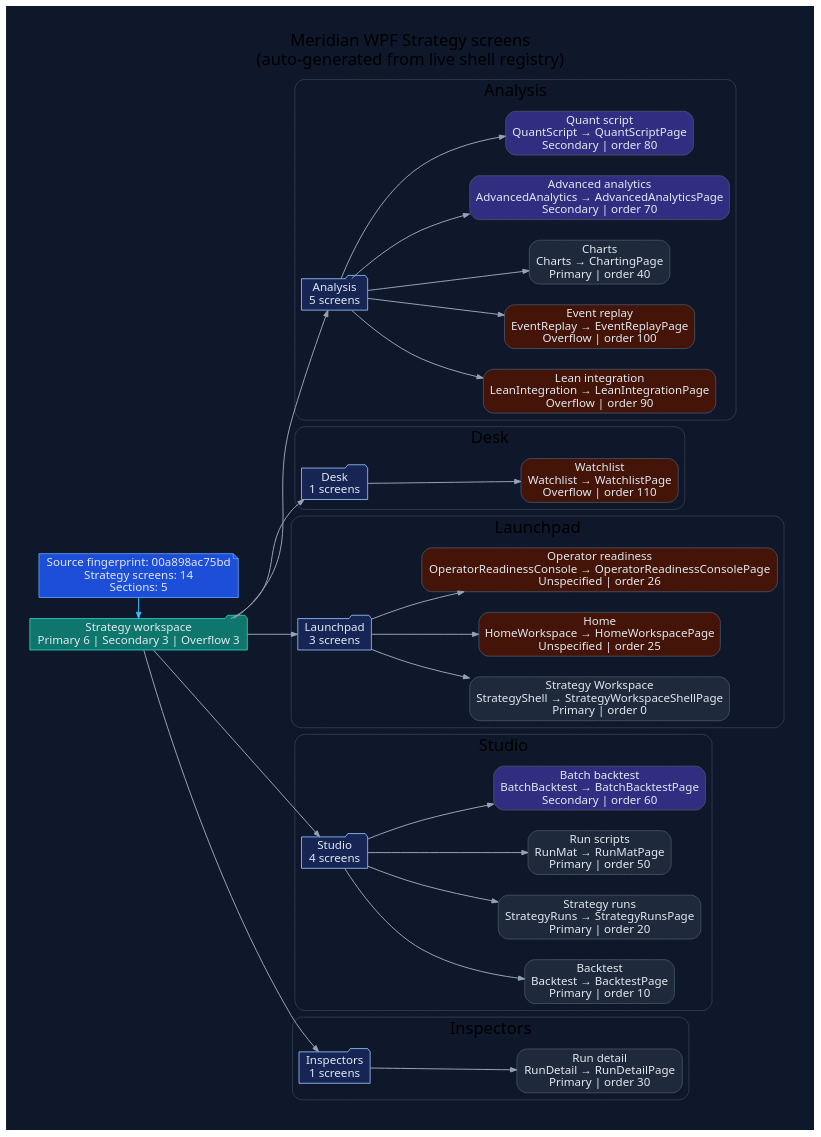
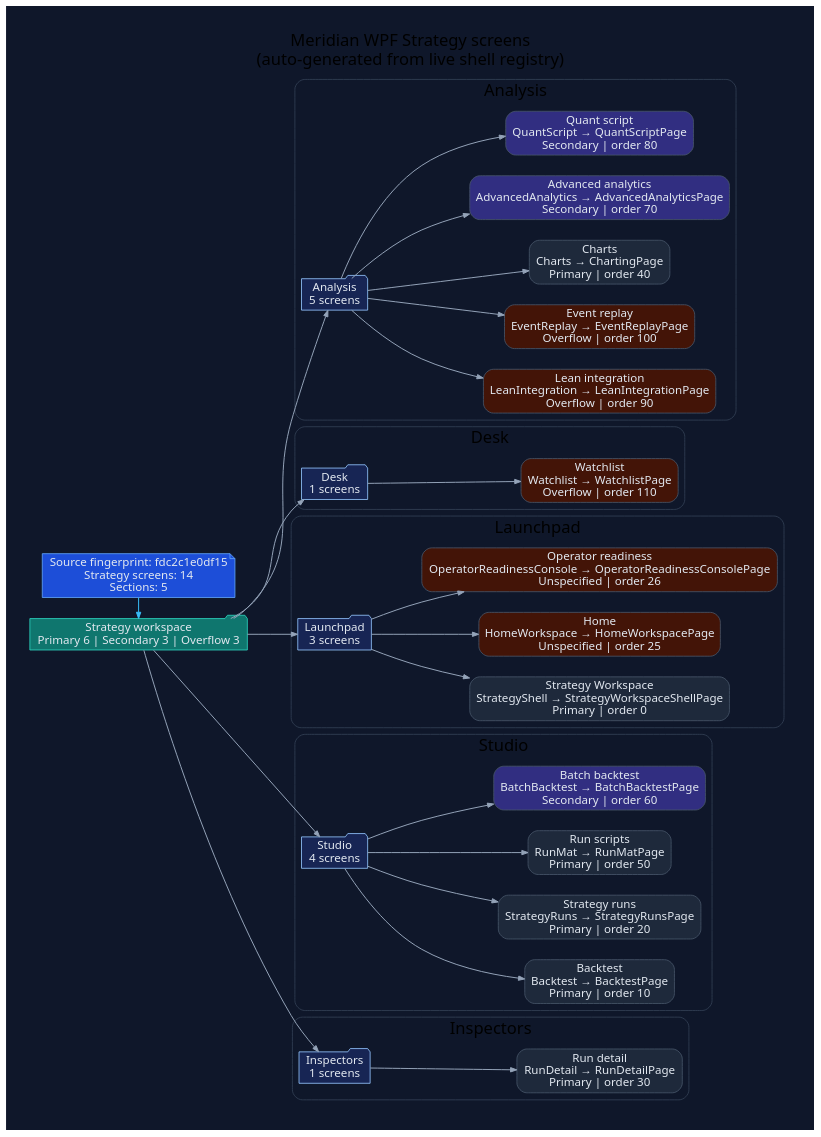
One commit to rodoHasArrived/Meridian-main changed the diagram in docs/diagrams/ui-wpf-screens-strategy.dot. Above: the diagram before and after it, drawn with Graphviz. The commit also changed 86 other files, not shown here.

```diff
--- a/docs/diagrams/ui-wpf-screens-strategy.dot
+++ b/docs/diagrams/ui-wpf-screens-strategy.dot
@@ -1,94 +1,94 @@
 // -----------------------------------------------------------------------------
 // <auto-generated>
 // Generated by scripts/generate-diagrams.mjs.
 // Do not edit this file directly; update the WPF source files instead.
 // -----------------------------------------------------------------------------
 digraph WpfStrategyScreens {
   graph [
     rankdir=LR,
     labelloc=t,
     label="Meridian WPF Strategy screens\n(auto-generated from live shell registry)",
     fontname="Segoe UI",
     fontsize=20,
     pad=0.4,
     nodesep=0.35,
     ranksep=0.85,
     bgcolor="#0f172a"
   ];
   node [fontname="Segoe UI", shape=box, style="rounded,filled", color="#475569", fontcolor="#e2e8f0", fillcolor="#1e293b"];
   edge [fontname="Segoe UI", color="#94a3b8", penwidth=1.2, arrowsize=0.75];
 
-  generated [shape=note, fillcolor="#1d4ed8", color="#60a5fa", label="Source fingerprint: 00a898ac75bd\nStrategy screens: 14\nSections: 5"];
+  generated [shape=note, fillcolor="#1d4ed8", color="#60a5fa", label="Source fingerprint: fdc2c1e0df15\nStrategy screens: 14\nSections: 5"];
   workspace [shape=folder, fillcolor="#0f766e", color="#2dd4bf", label="Strategy workspace\nPrimary 6 | Secondary 3 | Overflow 3"];
   generated -> workspace [color="#38bdf8"];
 
   subgraph cluster_section_1 {
     label="Analysis";
     color="#334155";
     style="rounded";
     section_1 [shape=folder, fillcolor="#172554", color="#93c5fd", label="Analysis\n5 screens"];
     workspace -> section_1;
     screen_LeanIntegration [fillcolor="#431407", label="Lean integration\nLeanIntegration → LeanIntegrationPage\nOverflow | order 90"];
     section_1 -> screen_LeanIntegration;
     screen_EventReplay [fillcolor="#431407", label="Event replay\nEventReplay → EventReplayPage\nOverflow | order 100"];
     section_1 -> screen_EventReplay;
     screen_Charts [fillcolor="#1e293b", label="Charts\nCharts → ChartingPage\nPrimary | order 40"];
     section_1 -> screen_Charts;
     screen_AdvancedAnalytics [fillcolor="#312e81", label="Advanced analytics\nAdvancedAnalytics → AdvancedAnalyticsPage\nSecondary | order 70"];
     section_1 -> screen_AdvancedAnalytics;
     screen_QuantScript [fillcolor="#312e81", label="Quant script\nQuantScript → QuantScriptPage\nSecondary | order 80"];
     section_1 -> screen_QuantScript;
   }
 
   subgraph cluster_section_2 {
     label="Desk";
     color="#334155";
     style="rounded";
     section_2 [shape=folder, fillcolor="#172554", color="#93c5fd", label="Desk\n1 screens"];
     workspace -> section_2;
     screen_Watchlist [fillcolor="#431407", label="Watchlist\nWatchlist → WatchlistPage\nOverflow | order 110"];
     section_2 -> screen_Watchlist;
   }
 
   subgraph cluster_section_3 {
     label="Launchpad";
     color="#334155";
     style="rounded";
     section_3 [shape=folder, fillcolor="#172554", color="#93c5fd", label="Launchpad\n3 screens"];
     workspace -> section_3;
     screen_StrategyShell [fillcolor="#1e293b", label="Strategy Workspace\nStrategyShell → StrategyWorkspaceShellPage\nPrimary | order 0"];
     section_3 -> screen_StrategyShell;
     screen_HomeWorkspace [fillcolor="#431407", label="Home\nHomeWorkspace → HomeWorkspacePage\nUnspecified | order 25"];
     section_3 -> screen_HomeWorkspace;
     screen_OperatorReadinessConsole [fillcolor="#431407", label="Operator readiness\nOperatorReadinessConsole → OperatorReadinessConsolePage\nUnspecified | order 26"];
     section_3 -> screen_OperatorReadinessConsole;
   }
 
   subgraph cluster_section_4 {
     label="Studio";
     color="#334155";
     style="rounded";
     section_4 [shape=folder, fillcolor="#172554", color="#93c5fd", label="Studio\n4 screens"];
     workspace -> section_4;
     screen_Backtest [fillcolor="#1e293b", label="Backtest\nBacktest → BacktestPage\nPrimary | order 10"];
     section_4 -> screen_Backtest;
     screen_StrategyRuns [fillcolor="#1e293b", label="Strategy runs\nStrategyRuns → StrategyRunsPage\nPrimary | order 20"];
     section_4 -> screen_StrategyRuns;
     screen_RunMat [fillcolor="#1e293b", label="Run scripts\nRunMat → RunMatPage\nPrimary | order 50"];
     section_4 -> screen_RunMat;
     screen_BatchBacktest [fillcolor="#312e81", label="Batch backtest\nBatchBacktest → BatchBacktestPage\nSecondary | order 60"];
     section_4 -> screen_BatchBacktest;
   }
 
   subgraph cluster_section_5 {
     label="Inspectors";
     color="#334155";
     style="rounded";
     section_5 [shape=folder, fillcolor="#172554", color="#93c5fd", label="Inspectors\n1 screens"];
     workspace -> section_5;
     screen_RunDetail [fillcolor="#1e293b", label="Run detail\nRunDetail → RunDetailPage\nPrimary | order 30"];
     section_5 -> screen_RunDetail;
   }
 
   { rank=min; generated; workspace; }
 }
```
